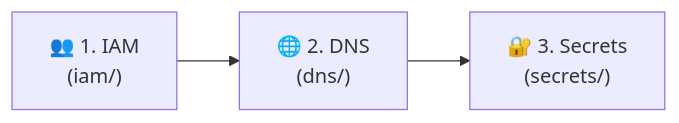
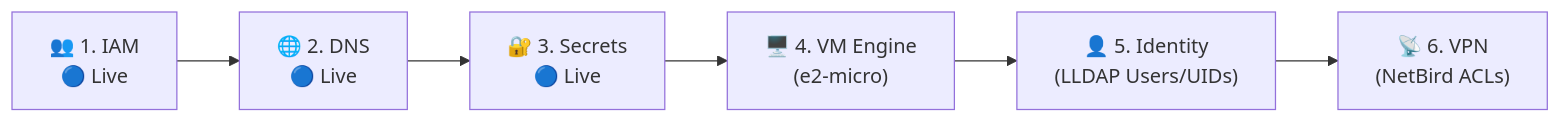
One commit to AIT-brainlab/brainlab-base changed the diagram in mgmt/terraform/README.md. Above: the diagram before and after it, drawn with Mermaid. The commit also changed other lines of this file and 14 other files, not shown here.

Commit message:
Refactor management documentation: Update architecture details, enhance module descriptions, and clarify deployment sequences for a 100% Stateless GitOps control plane.

````diff
--- a/mgmt/terraform/README.md
+++ b/mgmt/terraform/README.md
@@ -29,4 +27,4 @@
 ```mermaid
 flowchart LR
-    Step1["👥 1. IAM<br/>(iam/)"] --> Step2["🌐 2. DNS<br/>(dns/)"] --> Step3["🔐 3. Secrets<br/>(secrets/)"]
+    Seq1["👥 1. IAM<br/>🔵 Live"] --> Seq2["🌐 2. DNS<br/>🔵 Live"] --> Seq3["🔐 3. Secrets<br/>🔵 Live"] --> Seq4["🖥️ 4. VM Engine<br/>(e2-micro)"] --> Seq5["👤 5. Identity<br/>(LLDAP Users/UIDs)"] --> Seq6["📡 6. VPN<br/>(NetBird ACLs)"]
 ```
````
